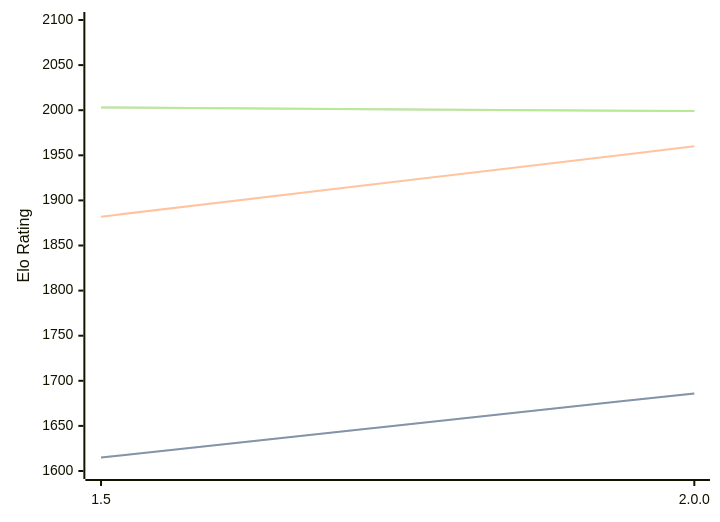
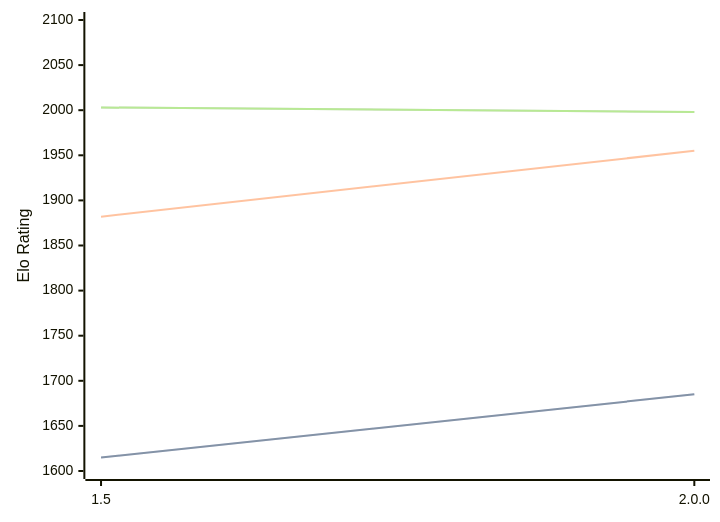
One commit to computer-chess-index/cci changed the diagram in engines/Rudim.md. Above: the diagram before and after it, drawn with Mermaid. The commit also changed other lines of this file, not shown here.

Commit message:
Update CCI Ratings (ELO VLTC) - 2026-05-14

````diff
--- a/engines/Rudim.md
+++ b/engines/Rudim.md
@@ -37,11 +37,11 @@
 ```mermaid
 %%{init: {"theme":"base","themeVariables":{"seriesColors:['#a3a3a3','#222221','#faa371']}}}%%
 xychart-beta
   x-axis ["1.5", "2.0.0"]
   y-axis "Elo Rating" 1600 --> 2100
-  line "STC (8.0+0.08s)" [1615, 1686]
-  line "STC (8.0+0.08s)" [1615, 1686]
-  line "LTC (60.0+0.60s)" [1882, 1960]
-  line "VLTC (2m24s+1.12s)" [2003, 1999]
-  line "VLTC (2m24s+1.12s)" [2003, 1999]
+  line "STC (8.0+0.08s)" [1615, 1685]
+  line "STC (8.0+0.08s)" [1615, 1685]
+  line "LTC (60.0+0.60s)" [1882, 1955]
+  line "VLTC (2m24s+1.12s)" [2003, 1998]
+  line "VLTC (2m24s+1.12s)" [2003, 1998]
 ```
````
